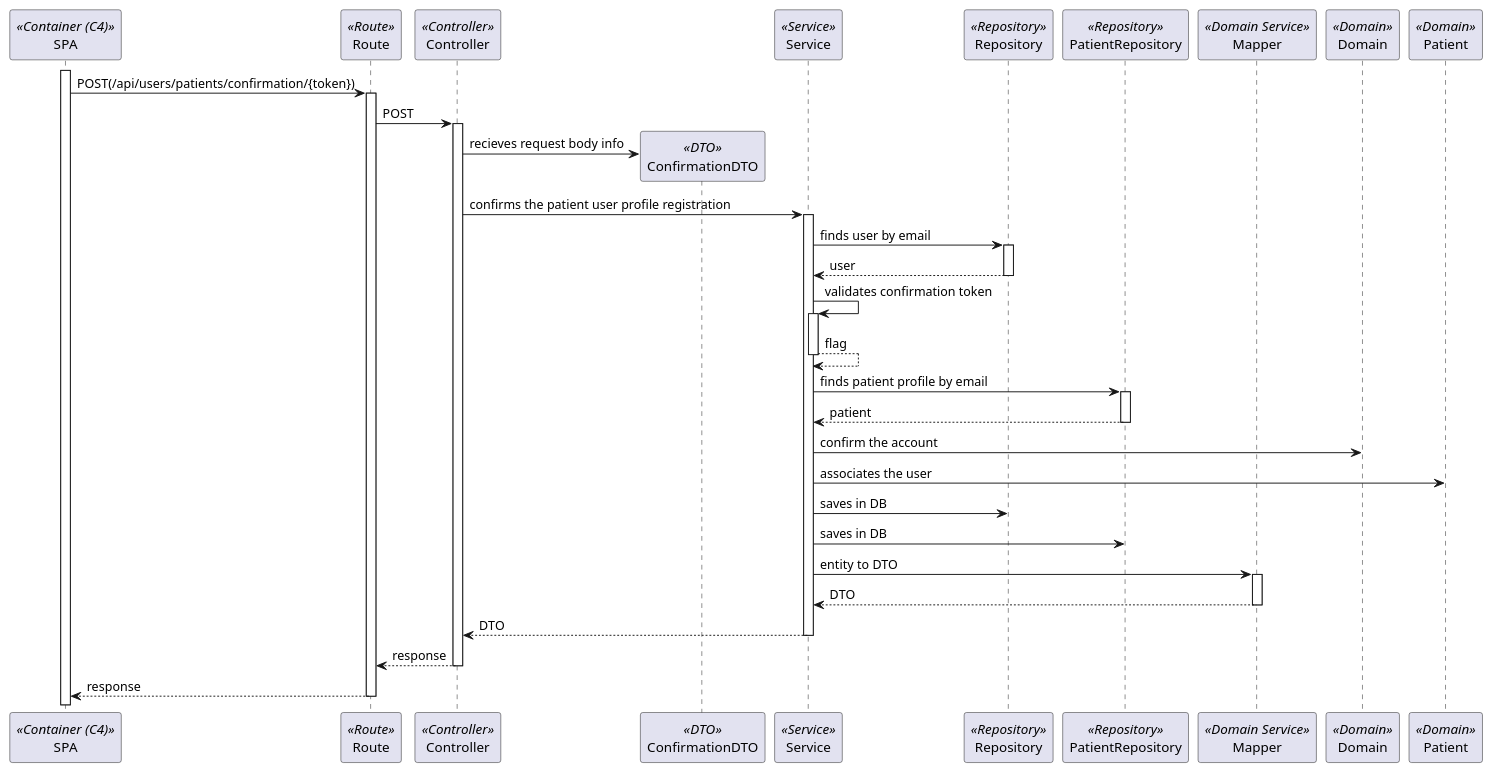
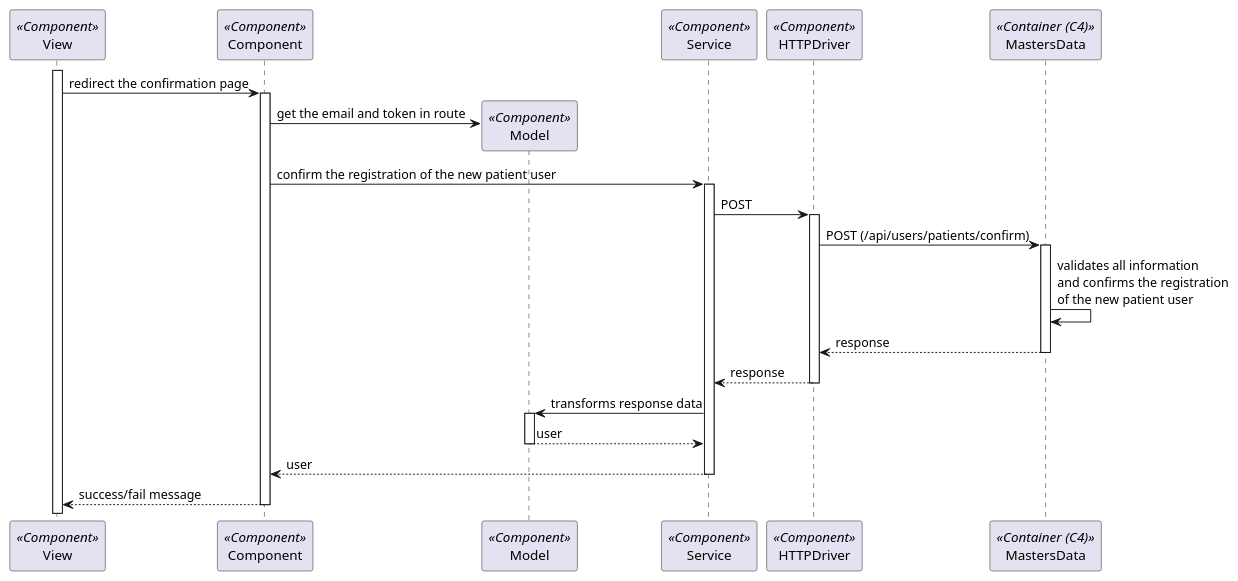
Before and after one commit to Rodrick0209/ISEP-SEM5PI-24-25: the diagram in docs/Sprint_2/Backoffice/US_6.2.1/L3/Process_View_Posterior_Confirmation.puml, drawn with PlantUML. The commit also changed 19 other files, not shown here.

Commit message:
Updated level 3 diagrams for SPA adaptation #25

```diff
--- a/docs/Sprint_2/Backoffice/US_6.2.1/L3/Process_View_Posterior_Confirmation.puml
+++ b/docs/Sprint_2/Backoffice/US_6.2.1/L3/Process_View_Posterior_Confirmation.puml
@@ -2,39 +2,28 @@
 @startuml Process_View_Posterior_Confirmation
-participant SPA as FE <<Container (C4)>>
-participant Route as Route <<Route>>
-participant Controller as Controller <<Controller>>
-participant ConfirmationDTO as ConfirmationDTO <<DTO>>
-participant Service as Service <<Service>>
-participant Repository as Repository <<Repository>>
-participant PatientRepository as PatientRepository <<Repository>>
-participant Mapper as Mapper <<Domain Service>>
-participant Domain as Domain <<Domain>>
-participant Patient as Patient <<Domain>>
-activate FE
-FE -> Route : POST(/api/users/patients/confirmation/{token})
-activate Route
-Route -> Controller : POST
-activate Controller
-Controller -> ConfirmationDTO** : recieves request body info
-Controller -> Service : confirms the patient user profile registration
+participant View as View <<Component>>
+participant Component as Component <<Component>>
+participant Model as Model <<Component>>
+participant Service as Service <<Component>>
+participant HTTPDriver as HTTPDriver <<Component>>
+participant MastersData as BE <<Container (C4)>>
+
+activate View
+View -> Component: redirect the confirmation page
+activate Component
+Component -> Model**: get the email and token in route
+Component -> Service: confirm the registration of the new patient user
 activate Service
-Service -> Repository : finds user by email
-activate Repository
-return user
-Service -> Service : validates confirmation token
-activate Service
-return flag
-Service -> PatientRepository : finds patient profile by email
-activate PatientRepository
-return patient
-Service -> Domain : confirm the account
-Service -> Patient : associates the user
-Service -> Repository : saves in DB
-Service -> PatientRepository : saves in DB
-Service -> Mapper : entity to DTO
-activate Mapper
-return DTO
-return DTO
+Service -> HTTPDriver: POST
+activate HTTPDriver
+HTTPDriver -> BE: POST (/api/users/patients/confirm)
+activate BE
+BE -> BE: validates all information\nand confirms the registration\nof the new patient user
 return response
 return response
+Service -> Model: transforms response data
+activate Model
+return user
+return user
+return success/fail message
+
 @enduml
```
